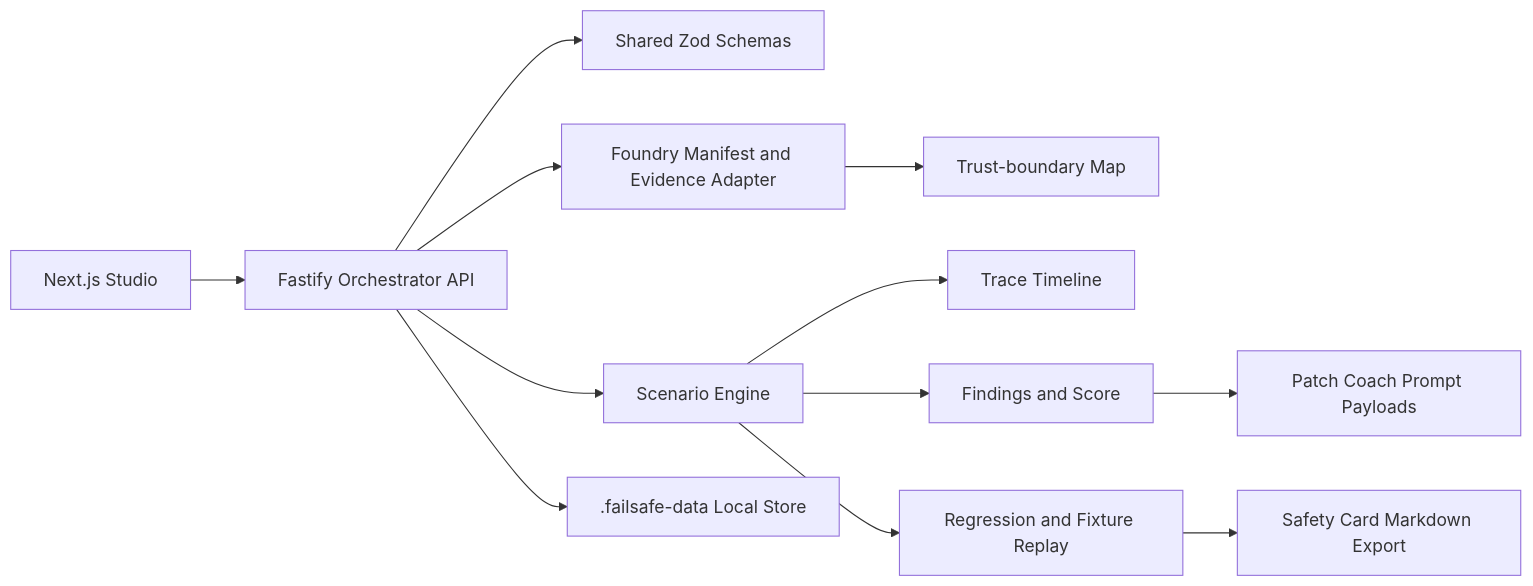
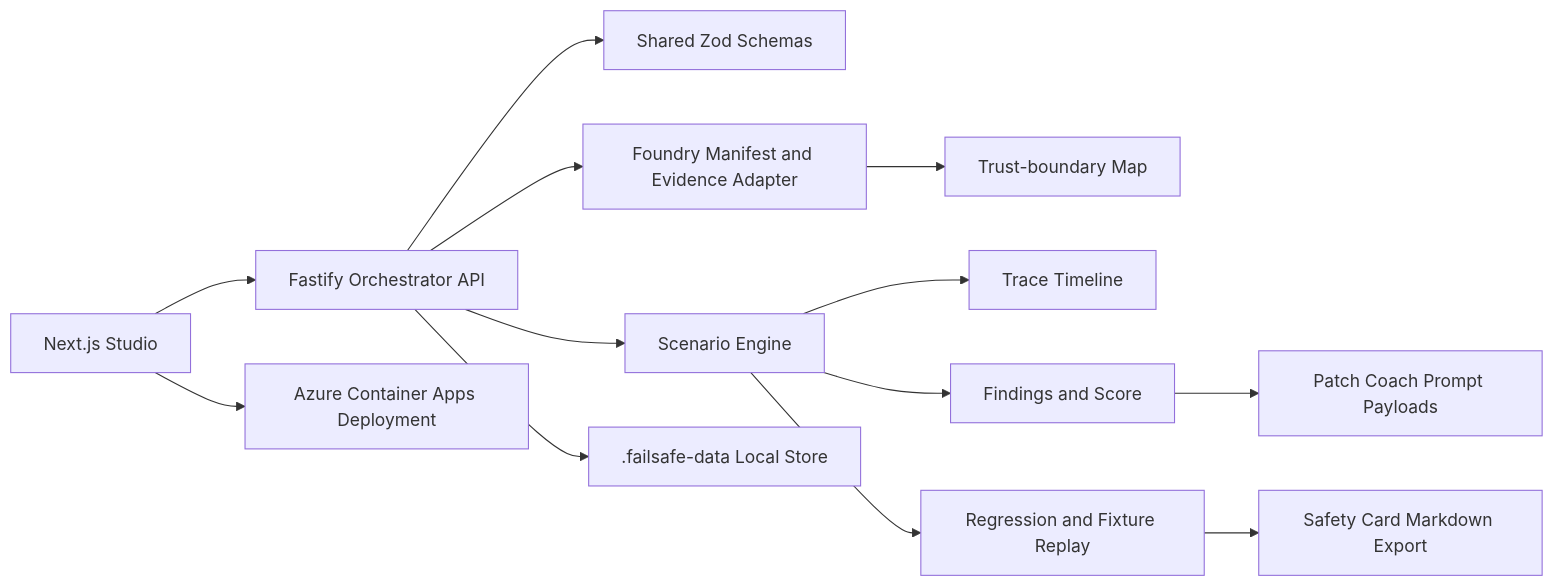
One commit to RandomEdge999/FailSafe changed the diagram in README.md. Above: the diagram before and after it, drawn with Mermaid. The commit also changed other lines of this file and 68 other files, not shown here.

````diff
--- a/README.md
+++ b/README.md
@@ -64,14 +69,15 @@
 ```mermaid
 flowchart LR
   Studio[Next.js Studio] --> API[Fastify Orchestrator API]
   API --> Schemas[Shared Zod Schemas]
   API --> Foundry[Foundry Manifest and Evidence Adapter]
   API --> Engine[Scenario Engine]
   API --> Store[.failsafe-data Local Store]
   Foundry --> Trust[Trust-boundary Map]
   Engine --> Timeline[Trace Timeline]
   Engine --> Findings[Findings and Score]
   Engine --> Replay[Regression and Fixture Replay]
   Findings --> Patch[Patch Coach Prompt Payloads]
   Replay --> Report[Safety Card Markdown Export]
+  Studio --> Azure[Azure Container Apps Deployment]
 ```
````
